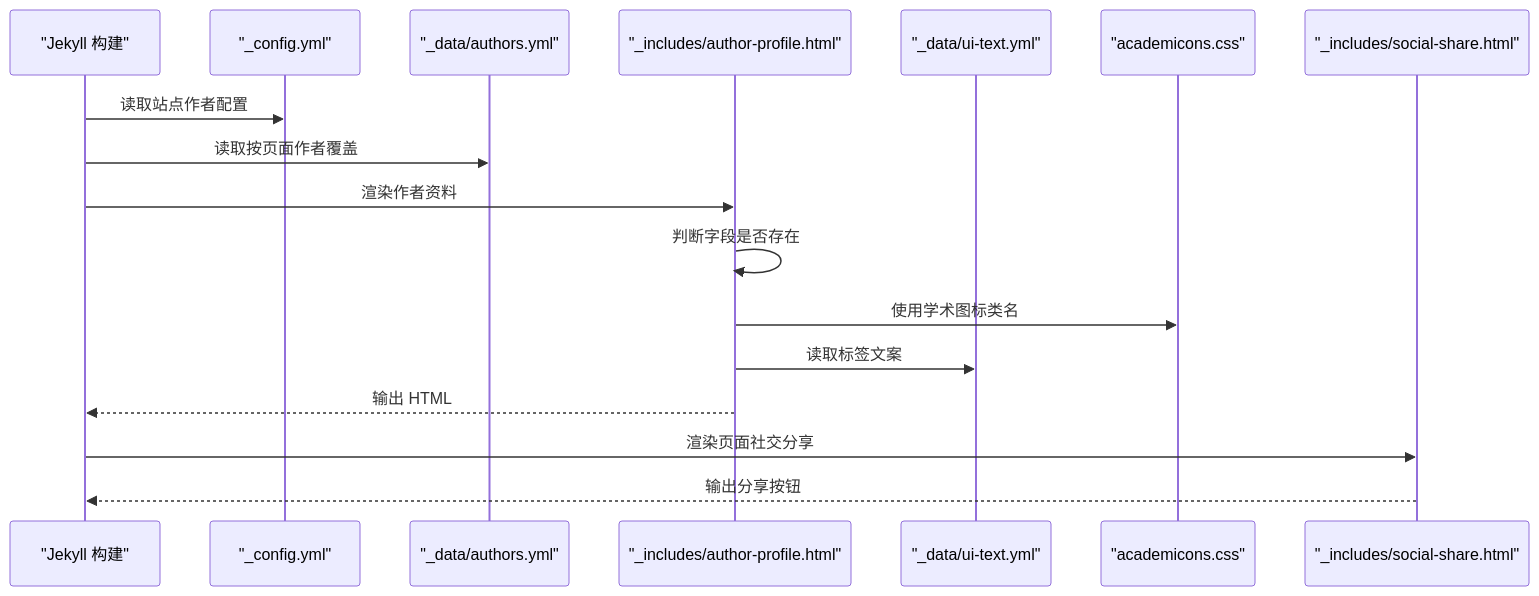
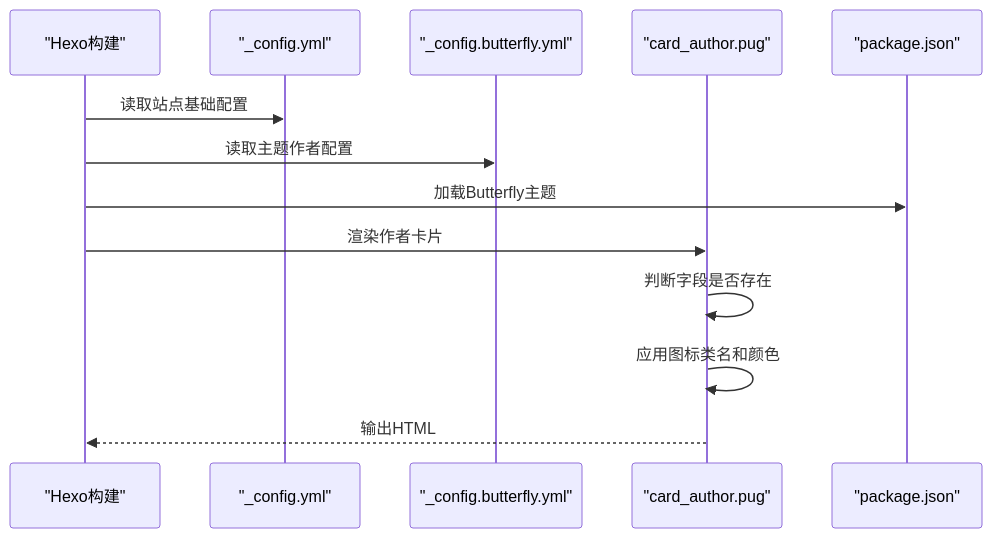
The second of 4 diagrams in .qoder/repowiki/zh/content/配置管理/作者和社交配置.md (CoolPig0720/CoolPig0720.github.io), drawn with Mermaid before and after one commit. The commit also changed other lines of this file and 36 other files, not shown here.

````diff
--- a/.qoder/repowiki/zh/content/配置管理/作者和社交配置.md
+++ b/.qoder/repowiki/zh/content/配置管理/作者和社交配置.md
@@ -103,19 +103,15 @@
 ```mermaid
 sequenceDiagram
-participant Jekyll as "Jekyll 构建"
+participant Hexo as "Hexo构建"
 participant Config as "_config.yml"
-participant Data as "_data/authors.yml"
-participant Template as "_includes/author-profile.html"
-participant UI as "_data/ui-text.yml"
-participant Icons as "academicons.css"
-participant Share as "_includes/social-share.html"
-Jekyll->>Config : 读取站点作者配置
-Jekyll->>Data : 读取按页面作者覆盖
-Jekyll->>Template : 渲染作者资料
+participant Butterfly as "_config.butterfly.yml"
+participant Template as "card_author.pug"
+participant Package as "package.json"
+Hexo->>Config : 读取站点基础配置
+Hexo->>Butterfly : 读取主题作者配置
+Hexo->>Package : 加载Butterfly主题
+Hexo->>Template : 渲染作者卡片
 Template->>Template : 判断字段是否存在
-Template->>Icons : 使用学术图标类名
-Template->>UI : 读取标签文案
-Template-->>Jekyll : 输出 HTML
-Jekyll->>Share : 渲染页面社交分享
-Share-->>Jekyll : 输出分享按钮
+Template->>Template : 应用图标类名和颜色
+Template-->>Hexo : 输出HTML
 ```
````
